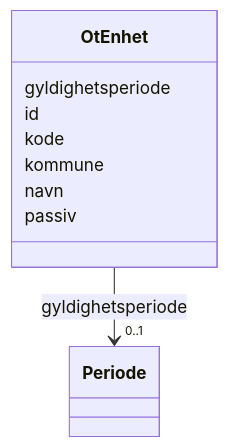
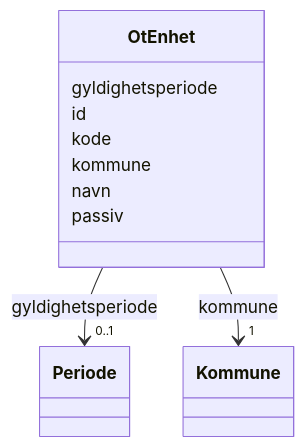
Before and after one commit to brreg/linkml-w3c-no-profiles: the diagram in mkdocs/docs/fint/fint-utdanning/klasser/OtEnhet.md, drawn with Mermaid. The commit also changed other lines of this file and 391 other files, not shown here.

````diff
--- a/mkdocs/docs/fint/fint-utdanning/klasser/OtEnhet.md
+++ b/mkdocs/docs/fint/fint-utdanning/klasser/OtEnhet.md
@@ -18,27 +18,36 @@
 ```mermaid
  classDiagram
     class OtEnhet
     click OtEnhet href "../OtEnhet/"
       OtEnhet : gyldighetsperiode
         
           
     
         
         
         OtEnhet --> "0..1" Periode : gyldighetsperiode
         click Periode href "../Periode/"
     
 
         
       OtEnhet : id
         
       OtEnhet : kode
         
       OtEnhet : kommune
         
+          
+    
+        
+        
+        OtEnhet --> "1" Kommune : kommune
+        click Kommune href "../Kommune/"
+    
+
+        
       OtEnhet : navn
         
       OtEnhet : passiv
         
       
 ```
````
